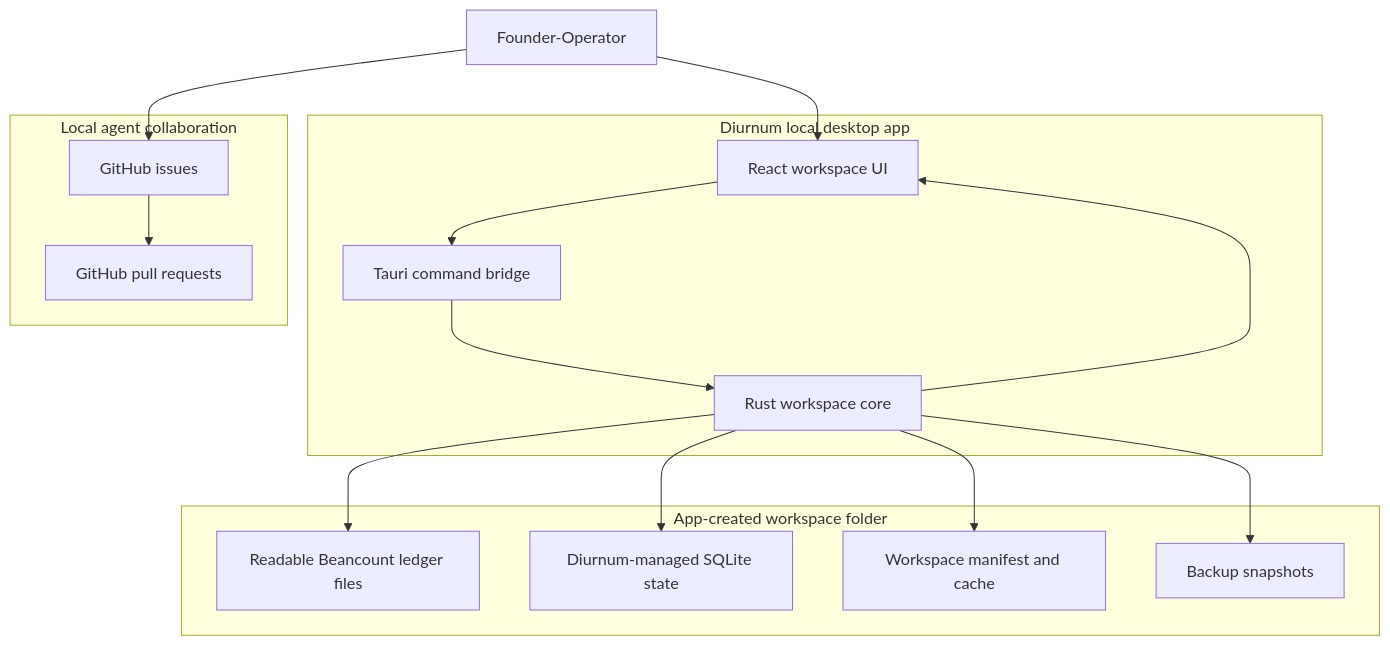
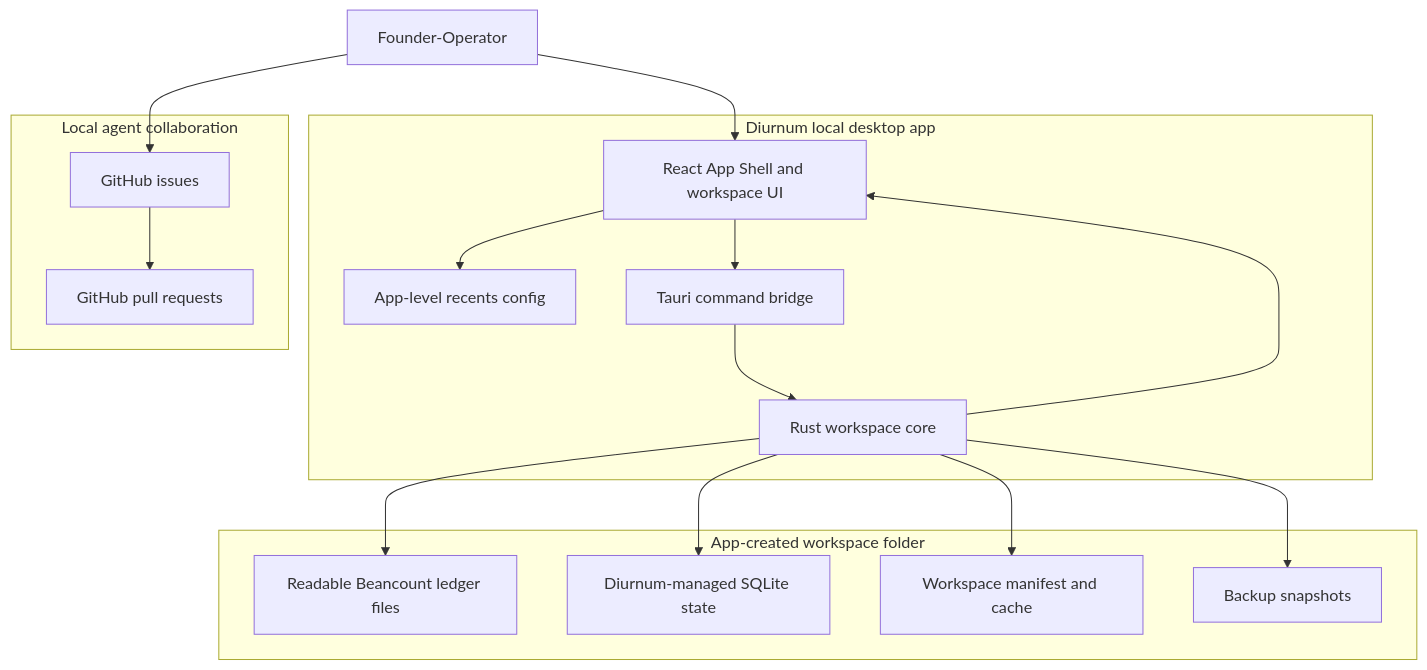
One commit to Diurnum-Dev/Diurnum changed the first of 4 diagrams in docs/architecture.md. Above: the diagram before and after it, drawn with Mermaid. The commit also changed other lines of this file and 14 other files, not shown here.

Commit message:
feat: build v1 app shell

````diff
--- a/docs/architecture.md
+++ b/docs/architecture.md
@@ -7,33 +7,35 @@
 ```mermaid
 flowchart TB
   User[Founder-Operator]
 
   subgraph App[Diurnum local desktop app]
-    UI[React workspace UI]
+    UI[React App Shell and workspace UI]
+    AppConfig[App-level recents config]
     Bridge[Tauri command bridge]
     Core[Rust workspace core]
   end
 
   subgraph Workspace[App-created workspace folder]
     Ledger[Readable Beancount ledger files]
     LocalState[Diurnum-managed SQLite state]
     Manifest[Workspace manifest and cache]
     Snapshots[Backup snapshots]
   end
 
   subgraph Collaboration[Local agent collaboration]
     Issues[GitHub issues]
     PRs[GitHub pull requests]
   end
 
   User --> UI
+  UI --> AppConfig
   UI --> Bridge
   Bridge --> Core
   Core --> Ledger
   Core --> LocalState
   Core --> Manifest
   Core --> Snapshots
   Core --> UI
   User --> Issues
   Issues --> PRs
 ```
````
